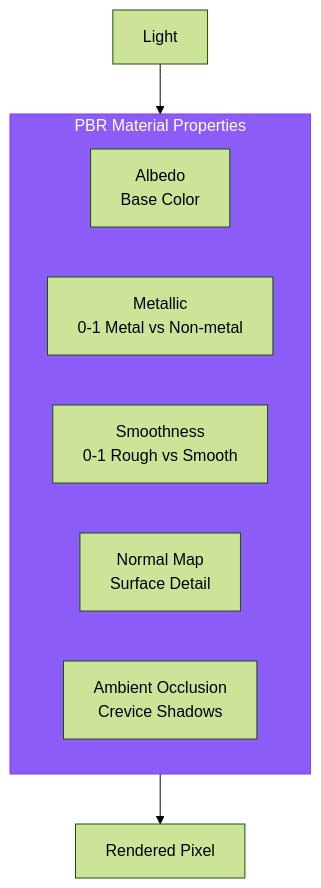
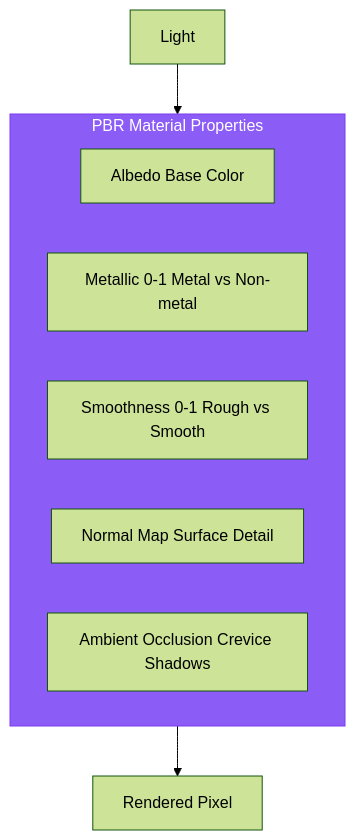
One commit to shakir-hussain1/physical-AI-and-humanoid-robotics-textbook-by-shakir-hussain changed the third of 4 diagrams in docs/modules/module-2-digital-twin/chapter-08-unity.md. Above: the diagram before and after it, drawn with Mermaid (forest theme). The commit also changed other lines of this file and 17 other files, not shown here.

Commit message:
fix: Remove br tags from Mermaid diagrams causing parse errors

````diff
--- a/docs/modules/module-2-digital-twin/chapter-08-unity.md
+++ b/docs/modules/module-2-digital-twin/chapter-08-unity.md
@@ -155,15 +155,15 @@
 ```mermaid
 flowchart TD
     subgraph PBR["PBR Material Properties"]
-        ALBEDO[Albedo<br/>Base Color]
-        METAL[Metallic<br/>0-1 Metal vs Non-metal]
-        SMOOTH[Smoothness<br/>0-1 Rough vs Smooth]
-        NORMAL[Normal Map<br/>Surface Detail]
-        AO[Ambient Occlusion<br/>Crevice Shadows]
+        ALBEDO[Albedo Base Color]
+        METAL[Metallic 0-1 Metal vs Non-metal]
+        SMOOTH[Smoothness 0-1 Rough vs Smooth]
+        NORMAL[Normal Map Surface Detail]
+        AO[Ambient Occlusion Crevice Shadows]
     end
 
     LIGHT[Light] --> PBR
     PBR --> OUTPUT[Rendered Pixel]
 
     style PBR fill:#8b5cf6,stroke:#7c3aed,color:#fff
 ```
````
